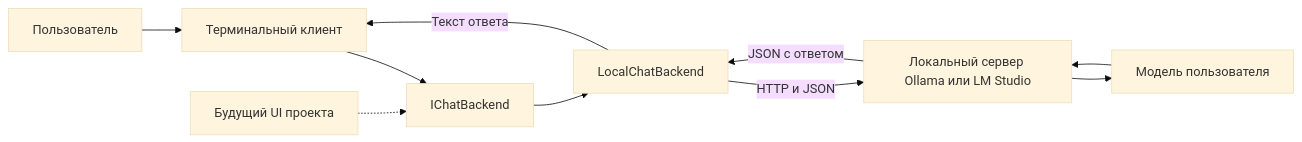
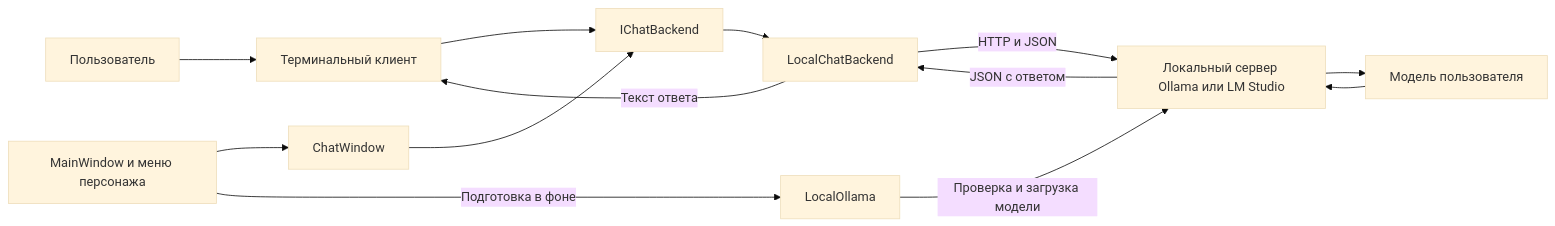
One commit to Eterlos/Desktop-support-personality-DSP- changed the diagram in Chatbot/TECHNICAL.md. Above: the diagram before and after it, drawn with Mermaid (base theme). The commit also changed other lines of this file and 6 other files, not shown here.

````diff
--- a/Chatbot/TECHNICAL.md
+++ b/Chatbot/TECHNICAL.md
@@ -32,12 +36,15 @@
 ```mermaid
 flowchart LR
     User[Пользователь] --> Terminal[Терминальный клиент]
     Terminal --> Contract[IChatBackend]
-    FutureUI[Будущий UI проекта] -.-> Contract
+    Main[MainWindow и меню персонажа] --> Window[ChatWindow]
+    Main -->|Подготовка в фоне| Startup[LocalOllama]
+    Window --> Contract
+    Startup -->|Проверка и загрузка модели| Server
     Contract --> Client[LocalChatBackend]
     Client -->|HTTP и JSON| Server[Локальный сервер Ollama или LM Studio]
     Server --> Model[Модель пользователя]
     Model --> Server
     Server -->|JSON с ответом| Client
     Client -->|Текст ответа| Terminal
 ```
````
